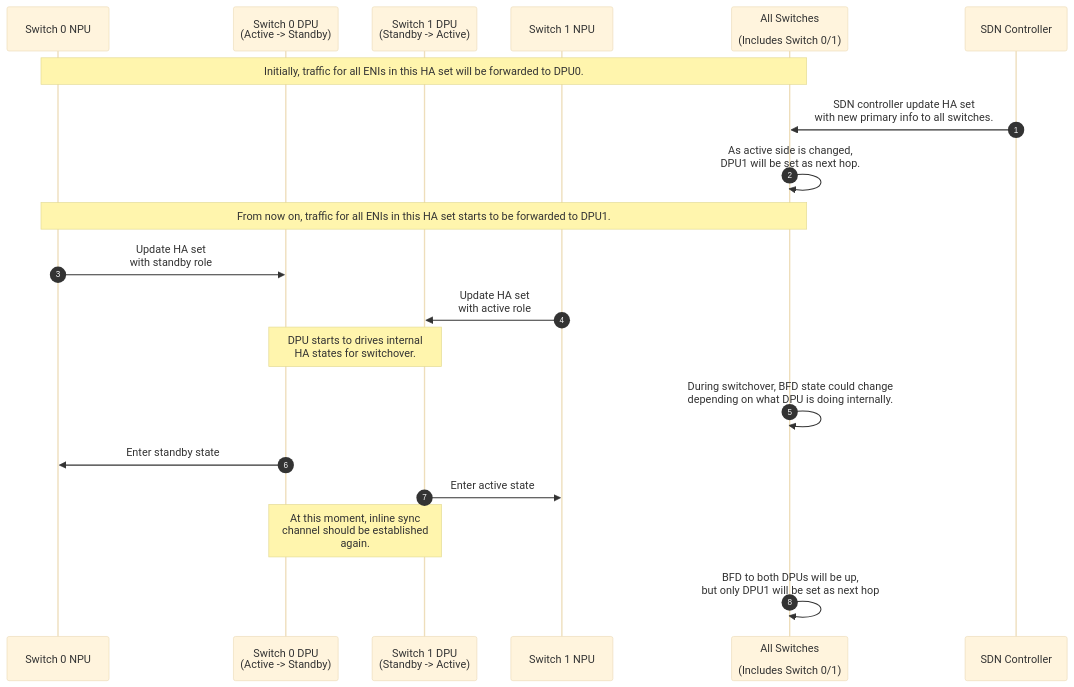
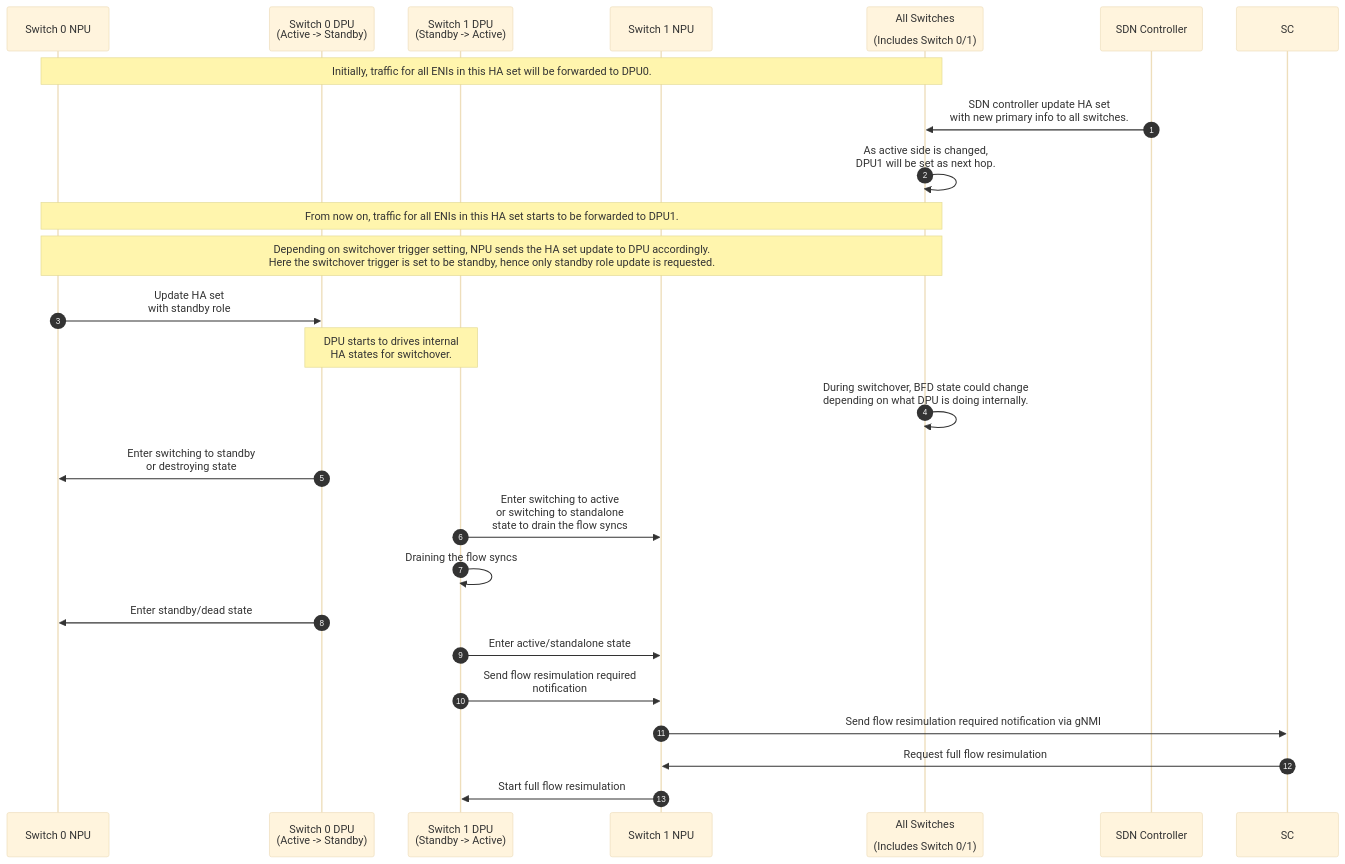
Before and after one commit to sonic-net/SONiC: the second of 4 diagrams in doc/smart-switch/high-availability/smart-switch-ha-dpu-scope-dpu-driven-setup.md, drawn with Mermaid (base theme). The commit also changed other lines of this file and 1 other file, not shown here.

Commit message:
Minor updates.

````diff
--- a/doc/smart-switch/high-availability/smart-switch-ha-dpu-scope-dpu-driven-setup.md
+++ b/doc/smart-switch/high-availability/smart-switch-ha-dpu-scope-dpu-driven-setup.md
@@ -188,28 +194,33 @@
 ```mermaid
 sequenceDiagram
    autonumber
 
    participant S0N as Switch 0 NPU
    participant S0D as Switch 0 DPU<br>(Active -> Standby)
    participant S1D as Switch 1 DPU<br>(Standby -> Active)
    participant S1N as Switch 1 NPU
    participant SA as All Switches<br><br>(Includes Switch 0/1)
    participant SDN as SDN Controller
 
    Note over S0N,SA: Initially, traffic for all ENIs in this HA set will be forwarded to DPU0.
    SDN->>SA: SDN controller update HA set<br>with new primary info to all switches.
 
    SA->>SA: As active side is changed,<br>DPU1 will be set as next hop.
    Note over S0N,SA: From now on, traffic for all ENIs in this HA set starts to be forwarded to DPU1.
 
+   Note over S0N,SA: Depending on switchover trigger setting, NPU sends the HA set update to DPU accordingly.<br>Here the switchover trigger is set to be standby, hence only standby role update is requested.
    S0N->>S0D: Update HA set<br>with standby role
-   S1N->>S1D: Update HA set<br>with active role
    Note over S0D,S1D: DPU starts to drives internal<br>HA states for switchover.
 
    SA->>SA: During switchover, BFD state could change<br>depending on what DPU is doing internally.
-   S0D->>S0N: Enter standby state
-   S1D->>S1N: Enter active state
-   Note over S0D,S1D: At this moment, inline sync<br>channel should be established<br>again.
+   S0D->>S0N: Enter switching to standby<br>or destroying state
+   S1D->>S1N: Enter switching to active<br>or switching to standalone<br>state to drain the flow syncs
+   S1D->>S1D: Draining the flow syncs
+   S0D->>S0N: Enter standby/dead state
+   S1D->>S1N: Enter active/standalone state
 
-   SA->>SA: BFD to both DPUs will be up,<br>but only DPU1 will be set as next hop
+   S1D->>S1N: Send flow resimulation required<br>notification
+   S1N->>SC: Send flow resimulation required notification via gNMI
+   SC->>S1N: Request full flow resimulation
+   S1N->>S1D: Start full flow resimulation
 ```
````
